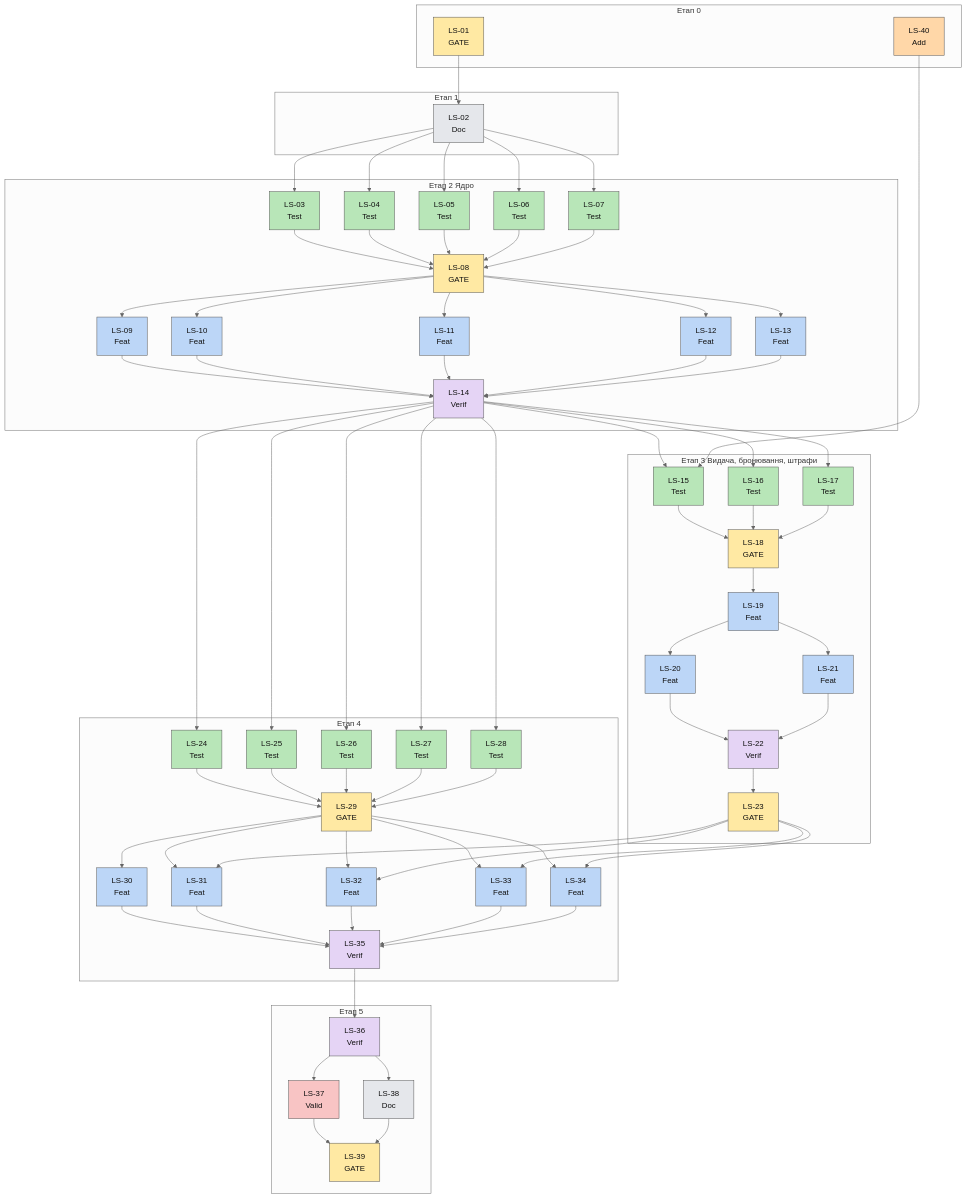
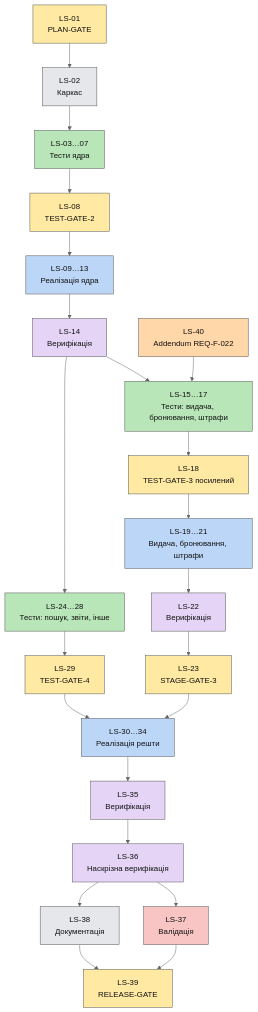
Before and after one commit to KovalSS/library-system: the diagram in plan/dependencies.md, drawn with Mermaid (neutral theme). The commit also changed other lines of this file, not shown here.

Commit message:
docs: condense dependency diagram to stage-level blocks

````diff
--- a/plan/dependencies.md
+++ b/plan/dependencies.md
@@ -5,158 +5,47 @@
 ```mermaid
 flowchart TD
-    subgraph S0["Етап 0"]
-        LS40["LS-40<br/>Add"]
-        LS01["LS-01<br/>GATE"]
-    end
-    subgraph S1["Етап 1"]
-        LS02["LS-02<br/>Doc"]
-    end
-    subgraph S2["Етап 2 Ядро"]
-        LS03["LS-03<br/>Test"]
-        LS04["LS-04<br/>Test"]
-        LS05["LS-05<br/>Test"]
-        LS06["LS-06<br/>Test"]
-        LS07["LS-07<br/>Test"]
-        LS08["LS-08<br/>GATE"]
-        LS09["LS-09<br/>Feat"]
-        LS10["LS-10<br/>Feat"]
-        LS11["LS-11<br/>Feat"]
-        LS12["LS-12<br/>Feat"]
-        LS13["LS-13<br/>Feat"]
-        LS14["LS-14<br/>Verif"]
-    end
-    subgraph S3["Етап 3 Видача, бронювання, штрафи"]
-        LS15["LS-15<br/>Test"]
-        LS16["LS-16<br/>Test"]
-        LS17["LS-17<br/>Test"]
-        LS18["LS-18<br/>GATE"]
-        LS19["LS-19<br/>Feat"]
-        LS20["LS-20<br/>Feat"]
-        LS21["LS-21<br/>Feat"]
-        LS22["LS-22<br/>Verif"]
-        LS23["LS-23<br/>GATE"]
-    end
-    subgraph S4["Етап 4"]
-        LS24["LS-24<br/>Test"]
-        LS25["LS-25<br/>Test"]
-        LS26["LS-26<br/>Test"]
-        LS27["LS-27<br/>Test"]
-        LS28["LS-28<br/>Test"]
-        LS29["LS-29<br/>GATE"]
-        LS30["LS-30<br/>Feat"]
-        LS31["LS-31<br/>Feat"]
-        LS32["LS-32<br/>Feat"]
-        LS33["LS-33<br/>Feat"]
-        LS34["LS-34<br/>Feat"]
-        LS35["LS-35<br/>Verif"]
-    end
-    subgraph S5["Етап 5"]
-        LS36["LS-36<br/>Verif"]
-        LS37["LS-37<br/>Valid"]
-        LS38["LS-38<br/>Doc"]
-        LS39["LS-39<br/>GATE"]
-    end
-    LS01 --> LS02
-    LS02 --> LS03
-    LS02 --> LS04
-    LS02 --> LS05
-    LS02 --> LS06
-    LS02 --> LS07
-    LS03 --> LS08
-    LS04 --> LS08
-    LS05 --> LS08
-    LS06 --> LS08
-    LS07 --> LS08
-    LS08 --> LS09
-    LS08 --> LS10
-    LS08 --> LS11
-    LS08 --> LS12
-    LS08 --> LS13
-    LS09 --> LS14
-    LS10 --> LS14
-    LS11 --> LS14
-    LS12 --> LS14
-    LS13 --> LS14
-    LS14 --> LS15
-    LS40 --> LS15
-    LS14 --> LS16
-    LS14 --> LS17
-    LS15 --> LS18
-    LS16 --> LS18
-    LS17 --> LS18
-    LS18 --> LS19
-    LS19 --> LS20
-    LS19 --> LS21
-    LS20 --> LS22
-    LS21 --> LS22
-    LS22 --> LS23
-    LS14 --> LS24
-    LS14 --> LS25
-    LS14 --> LS26
-    LS14 --> LS27
-    LS14 --> LS28
-    LS24 --> LS29
-    LS25 --> LS29
-    LS26 --> LS29
-    LS27 --> LS29
-    LS28 --> LS29
-    LS29 --> LS30
-    LS29 --> LS31
-    LS23 --> LS31
-    LS29 --> LS32
-    LS23 --> LS32
-    LS29 --> LS33
-    LS23 --> LS33
-    LS29 --> LS34
-    LS23 --> LS34
-    LS30 --> LS35
-    LS31 --> LS35
-    LS32 --> LS35
-    LS33 --> LS35
-    LS34 --> LS35
-    LS35 --> LS36
-    LS36 --> LS37
-    LS36 --> LS38
-    LS37 --> LS39
-    LS38 --> LS39
-    style LS01 fill:#ffe9a3,stroke:#555,color:#111
-    style LS40 fill:#ffd7a8,stroke:#555,color:#111
-    style LS02 fill:#e5e7eb,stroke:#555,color:#111
-    style LS03 fill:#b8e6b8,stroke:#555,color:#111
-    style LS04 fill:#b8e6b8,stroke:#555,color:#111
-    style LS05 fill:#b8e6b8,stroke:#555,color:#111
-    style LS06 fill:#b8e6b8,stroke:#555,color:#111
-    style LS07 fill:#b8e6b8,stroke:#555,color:#111
-    style LS08 fill:#ffe9a3,stroke:#555,color:#111
-    style LS09 fill:#bcd6f7,stroke:#555,color:#111
-    style LS10 fill:#bcd6f7,stroke:#555,color:#111
-    style LS11 fill:#bcd6f7,stroke:#555,color:#111
-    style LS12 fill:#bcd6f7,stroke:#555,color:#111
-    style LS13 fill:#bcd6f7,stroke:#555,color:#111
-    style LS14 fill:#e5d4f5,stroke:#555,color:#111
-    style LS15 fill:#b8e6b8,stroke:#555,color:#111
-    style LS16 fill:#b8e6b8,stroke:#555,color:#111
-    style LS17 fill:#b8e6b8,stroke:#555,color:#111
-    style LS18 fill:#ffe9a3,stroke:#555,color:#111
-    style LS19 fill:#bcd6f7,stroke:#555,color:#111
-    style LS20 fill:#bcd6f7,stroke:#555,color:#111
-    style LS21 fill:#bcd6f7,stroke:#555,color:#111
-    style LS22 fill:#e5d4f5,stroke:#555,color:#111
-    style LS23 fill:#ffe9a3,stroke:#555,color:#111
-    style LS24 fill:#b8e6b8,stroke:#555,color:#111
-    style LS25 fill:#b8e6b8,stroke:#555,color:#111
-    style LS26 fill:#b8e6b8,stroke:#555,color:#111
-    style LS27 fill:#b8e6b8,stroke:#555,color:#111
-    style LS28 fill:#b8e6b8,stroke:#555,color:#111
-    style LS29 fill:#ffe9a3,stroke:#555,color:#111
-    style LS30 fill:#bcd6f7,stroke:#555,color:#111
-    style LS31 fill:#bcd6f7,stroke:#555,color:#111
-    style LS32 fill:#bcd6f7,stroke:#555,color:#111
-    style LS33 fill:#bcd6f7,stroke:#555,color:#111
-    style LS34 fill:#bcd6f7,stroke:#555,color:#111
-    style LS35 fill:#e5d4f5,stroke:#555,color:#111
-    style LS36 fill:#e5d4f5,stroke:#555,color:#111
-    style LS37 fill:#f8c4c4,stroke:#555,color:#111
-    style LS38 fill:#e5e7eb,stroke:#555,color:#111
-    style LS39 fill:#ffe9a3,stroke:#555,color:#111
+    G01["LS-01<br/>PLAN-GATE"] --> D02["LS-02<br/>Каркас"]
+    D02 --> T2["LS-03…07<br/>Тести ядра"]
+    T2 --> G08["LS-08<br/>TEST-GATE-2"]
+    G08 --> F2["LS-09…13<br/>Реалізація ядра"]
+    F2 --> V14["LS-14<br/>Верифікація"]
+
+    A40["LS-40<br/>Addendum REQ-F-022"] --> T3
+    V14 --> T3["LS-15…17<br/>Тести: видача, бронювання, штрафи"]
+    V14 --> T4["LS-24…28<br/>Тести: пошук, звіти, інше"]
+    T3 --> G18["LS-18<br/>TEST-GATE-3 посилений"]
+    G18 --> F3["LS-19…21<br/>Видача, бронювання, штрафи"]
+    F3 --> V22["LS-22<br/>Верифікація"]
+    V22 --> G23["LS-23<br/>STAGE-GATE-3"]
+
+    T4 --> G29["LS-29<br/>TEST-GATE-4"]
+    G29 --> F4["LS-30…34<br/>Реалізація решти"]
+    G23 --> F4
+    F4 --> V35["LS-35<br/>Верифікація"]
+    V35 --> V36["LS-36<br/>Наскрізна верифікація"]
+    V36 --> VAL["LS-37<br/>Валідація"]
+    V36 --> D38["LS-38<br/>Документація"]
+    VAL --> G39["LS-39<br/>RELEASE-GATE"]
+    D38 --> G39
+
+    style G01 fill:#ffe9a3,stroke:#555,color:#111
+    style G08 fill:#ffe9a3,stroke:#555,color:#111
+    style G18 fill:#ffe9a3,stroke:#555,color:#111
+    style G23 fill:#ffe9a3,stroke:#555,color:#111
+    style G29 fill:#ffe9a3,stroke:#555,color:#111
+    style G39 fill:#ffe9a3,stroke:#555,color:#111
+    style T2 fill:#b8e6b8,stroke:#555,color:#111
+    style T3 fill:#b8e6b8,stroke:#555,color:#111
+    style T4 fill:#b8e6b8,stroke:#555,color:#111
+    style F2 fill:#bcd6f7,stroke:#555,color:#111
+    style F3 fill:#bcd6f7,stroke:#555,color:#111
+    style F4 fill:#bcd6f7,stroke:#555,color:#111
+    style V14 fill:#e5d4f5,stroke:#555,color:#111
+    style V22 fill:#e5d4f5,stroke:#555,color:#111
+    style V35 fill:#e5d4f5,stroke:#555,color:#111
+    style V36 fill:#e5d4f5,stroke:#555,color:#111
+    style VAL fill:#f8c4c4,stroke:#555,color:#111
+    style D02 fill:#e5e7eb,stroke:#555,color:#111
+    style D38 fill:#e5e7eb,stroke:#555,color:#111
+    style A40 fill:#ffd7a8,stroke:#555,color:#111
 ```
````
